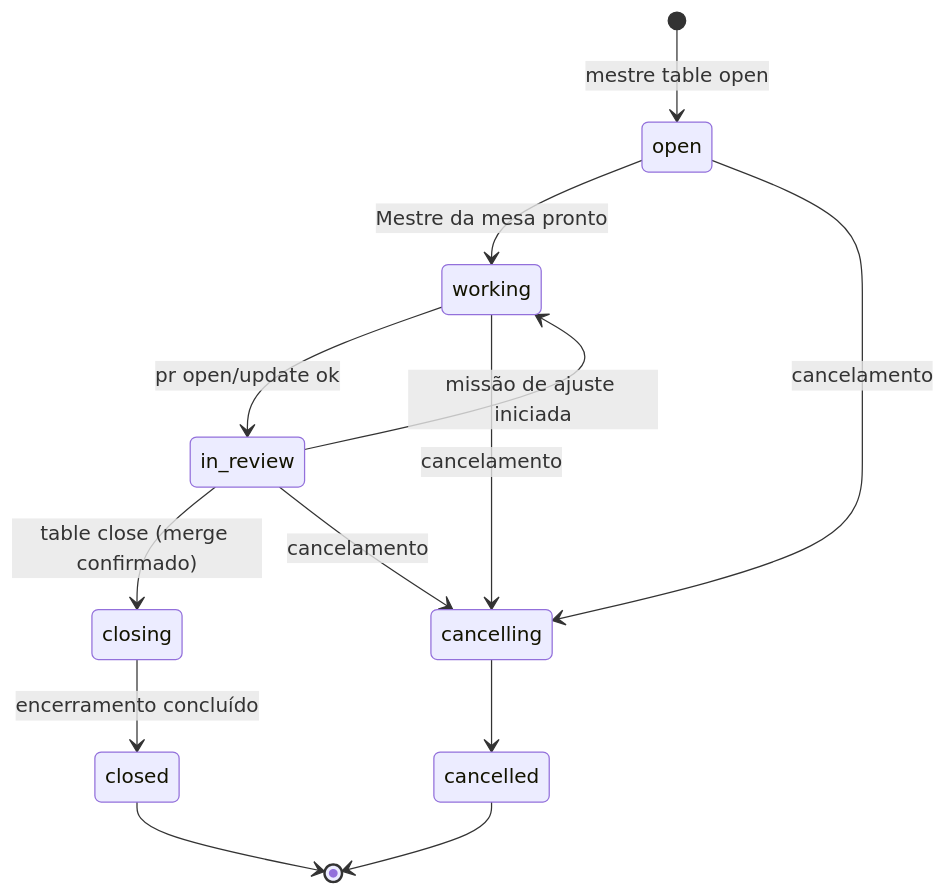
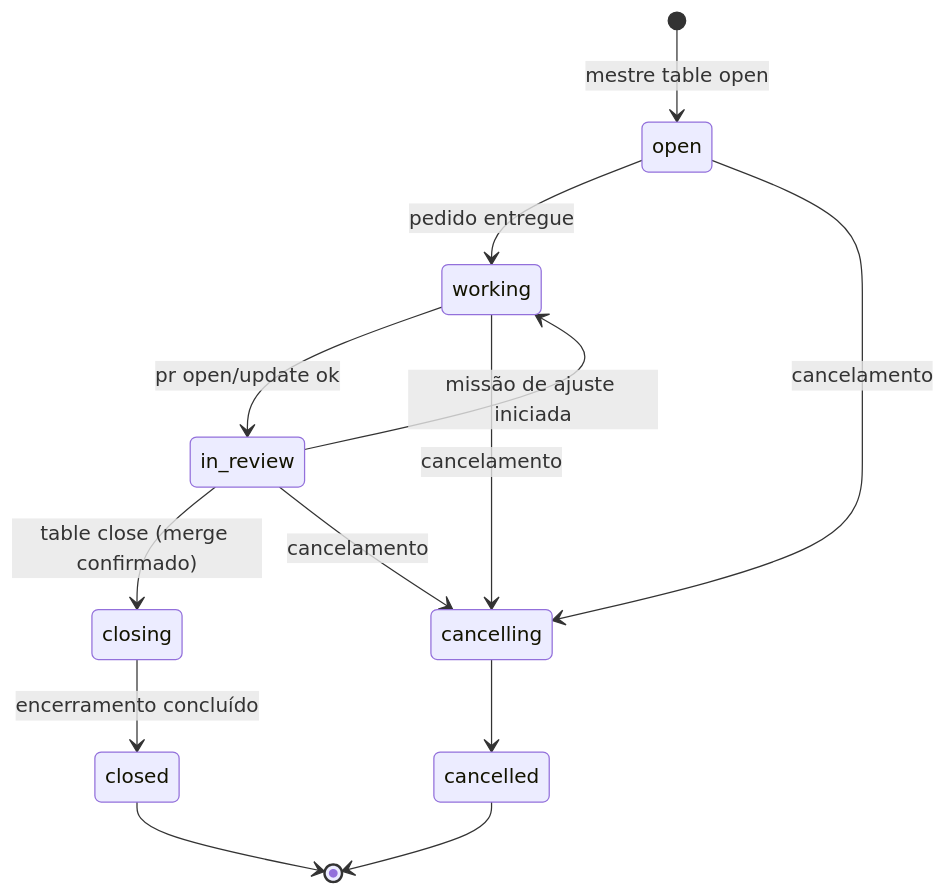
One commit to lucasndas/mestre changed the diagram in docs/orquestracao/mesas.md. Above: the diagram before and after it, drawn with Mermaid. The commit also changed other lines of this file and 5 other files, not shown here.

````diff
--- a/docs/orquestracao/mesas.md
+++ b/docs/orquestracao/mesas.md
@@ -41,15 +41,15 @@
 ```mermaid
 stateDiagram-v2
     [*] --> open : mestre table open
-    open --> working : Mestre da mesa pronto
+    open --> working : pedido entregue
     working --> in_review : pr open/update ok
     in_review --> working : missão de ajuste iniciada
     in_review --> closing : table close (merge confirmado)
     closing --> closed : encerramento concluído
     open --> cancelling : cancelamento
     working --> cancelling : cancelamento
     in_review --> cancelling : cancelamento
     cancelling --> cancelled
     closed --> [*]
     cancelled --> [*]
 ```
````
